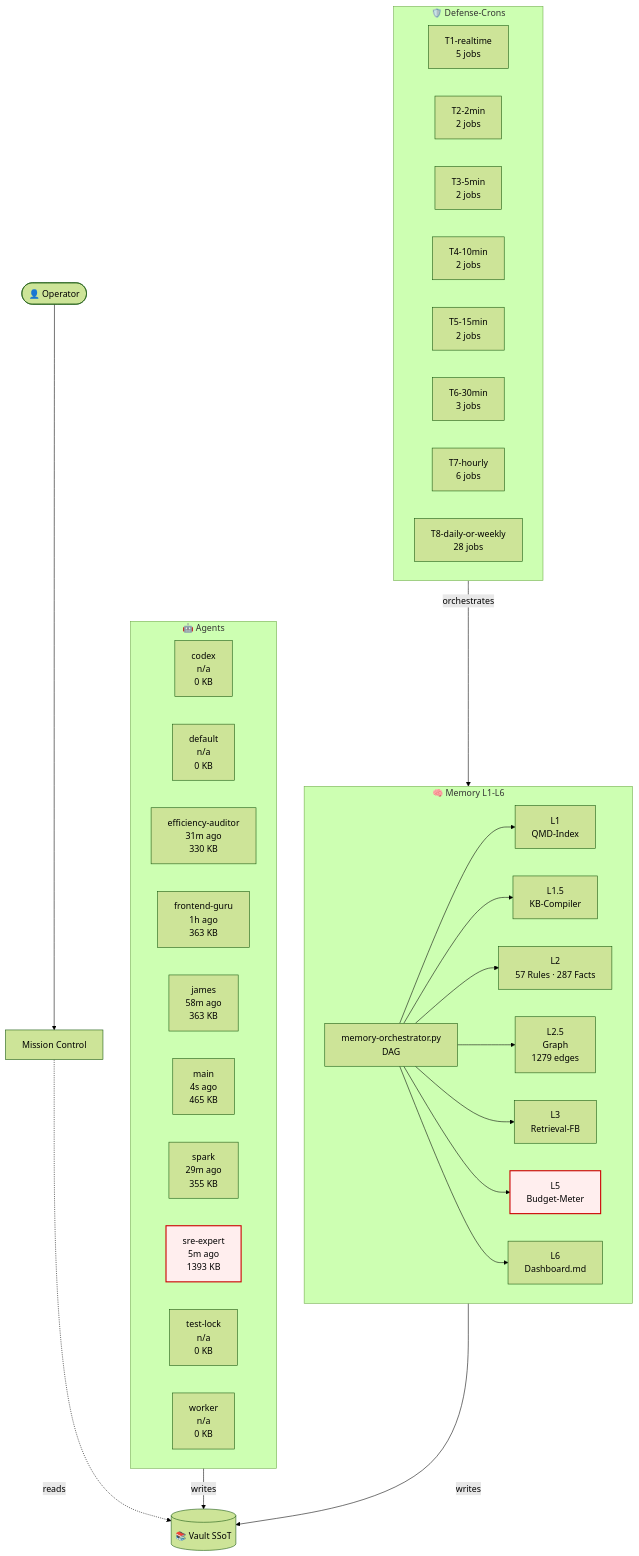
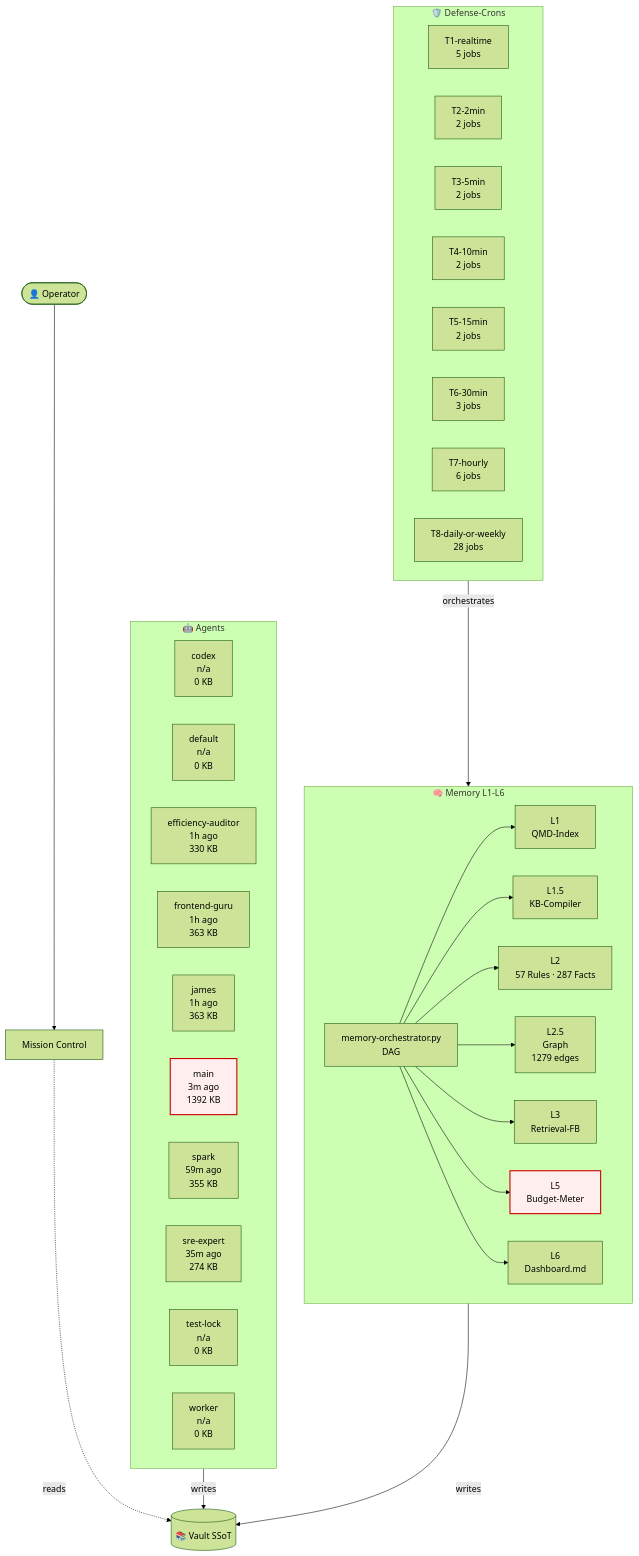
One commit to lenardhuebner88-rgb/openclaw-memory changed the diagram in 03-Agents/architecture-live.md. Above: the diagram before and after it, drawn with Mermaid (forest theme). The commit also changed other lines of this file and 4 other files, not shown here.

````diff
--- a/03-Agents/architecture-live.md
+++ b/03-Agents/architecture-live.md
@@ -18,53 +18,53 @@
 ```mermaid
 flowchart TB
     classDef critical fill:#fee,stroke:#c00,stroke-width:2px;
     subgraph AGT["🤖 Agents"]
         agent_codex["codex<br/>n/a<br/>0 KB"]
         agent_default["default<br/>n/a<br/>0 KB"]
-        agent_efficiency_auditor["efficiency-auditor<br/>31m ago<br/>330 KB"]
+        agent_efficiency_auditor["efficiency-auditor<br/>1h ago<br/>330 KB"]
         agent_frontend_guru["frontend-guru<br/>1h ago<br/>363 KB"]
-        agent_james["james<br/>58m ago<br/>363 KB"]
-        agent_main["main<br/>4s ago<br/>465 KB"]
-        agent_spark["spark<br/>29m ago<br/>355 KB"]
-        agent_sre_expert["sre-expert<br/>5m ago<br/>1393 KB"]
+        agent_james["james<br/>1h ago<br/>363 KB"]
+        agent_main["main<br/>3m ago<br/>1392 KB"]
+        agent_spark["spark<br/>59m ago<br/>355 KB"]
+        agent_sre_expert["sre-expert<br/>35m ago<br/>274 KB"]
         agent_test_lock["test-lock<br/>n/a<br/>0 KB"]
         agent_worker["worker<br/>n/a<br/>0 KB"]
     end
     subgraph MEM["🧠 Memory L1-L6"]
         L1["L1<br/>QMD-Index"]
         L15["L1.5<br/>KB-Compiler"]
         L2["L2<br/>57 Rules · 287 Facts"]
         L25["L2.5<br/>Graph<br/>1279 edges"]
         L3["L3<br/>Retrieval-FB"]
         L5["L5<br/>Budget-Meter"]
         L6["L6<br/>Dashboard.md"]
         ORCH["memory-orchestrator.py<br/>DAG"]
     end
     subgraph CRN["🛡️ Defense-Crons"]
         tier_T1_realtime["T1-realtime<br/>5 jobs"]
         tier_T2_2min["T2-2min<br/>2 jobs"]
         tier_T3_5min["T3-5min<br/>2 jobs"]
         tier_T4_10min["T4-10min<br/>2 jobs"]
         tier_T5_15min["T5-15min<br/>2 jobs"]
         tier_T6_30min["T6-30min<br/>3 jobs"]
         tier_T7_hourly["T7-hourly<br/>6 jobs"]
         tier_T8_daily_or_weekly["T8-daily-or-weekly<br/>28 jobs"]
     end
     VAULT[("📚 Vault SSoT")]
     OP([👤 Operator])
     MC["Mission Control"]
     OP --> MC
     MC -.reads.-> VAULT
     AGT -->|writes| VAULT
     MEM -->|writes| VAULT
     ORCH --> L1
     ORCH --> L15
     ORCH --> L2
     ORCH --> L25
     ORCH --> L3
     ORCH --> L5
     ORCH --> L6
     CRN -->|orchestrates| MEM
     class L5 critical
-    class agent_sre_expert critical
+    class agent_main critical
 ```
````
